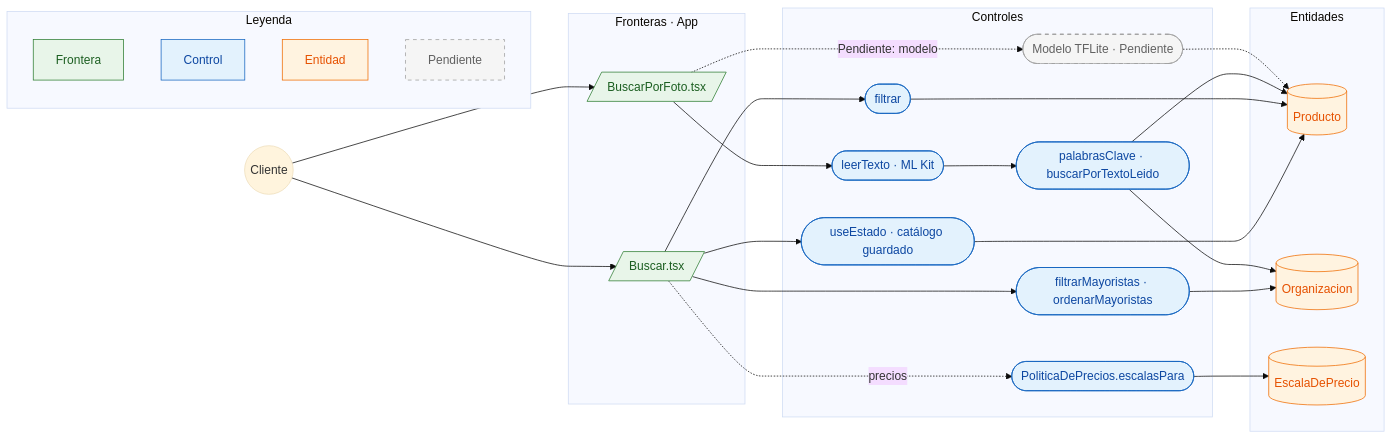
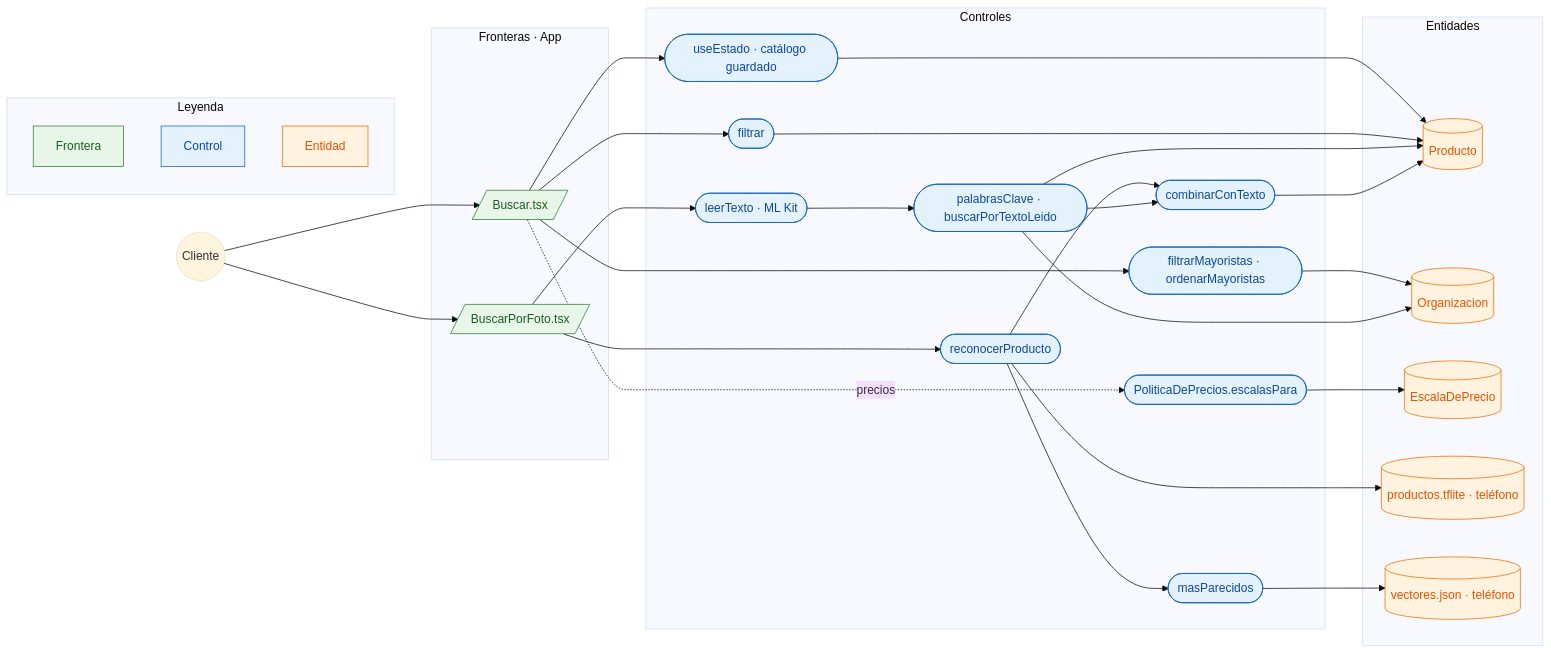
Before and after one commit to AndyQdev/abasto: the diagram in docs/iconix/robustez/CU-05.md, drawn with Mermaid (base theme). The commit also changed other lines of this file and 5 other files, not shown here.

````diff
--- a/docs/iconix/robustez/CU-05.md
+++ b/docs/iconix/robustez/CU-05.md
@@ -7,58 +7,64 @@
 ```mermaid
 flowchart LR
   C((Cliente))
 
   subgraph Fronteras["Fronteras · App"]
     B1[/"Buscar.tsx"/]
     B2[/"BuscarPorFoto.tsx"/]
   end
 
   subgraph Controles
     C1([useEstado · catálogo guardado])
     C2([filtrar])
     C3([filtrarMayoristas · ordenarMayoristas])
     C4([leerTexto · ML Kit])
     C5([palabrasClave · buscarPorTextoLeido])
     C6([PoliticaDePrecios.escalasPara])
-    C7([Modelo TFLite · Pendiente])
+    C7([reconocerProducto])
+    C8([masParecidos])
+    C9([combinarConTexto])
   end
 
   subgraph Entidades
     E1[(Producto)]
     E2[(Organizacion)]
     E3[(EscalaDePrecio)]
+    E4[(productos.tflite · teléfono)]
+    E5[(vectores.json · teléfono)]
   end
 
   C --> B1
   C --> B2
   B1 --> C1
   B1 --> C2
   B1 --> C3
   C1 --> E1
   C2 --> E1
   C3 --> E2
   B2 --> C4
   C4 --> C5
   C5 --> E1
   C5 --> E2
-  B2 -. Pendiente: modelo .-> C7
-  C7 -.-> E1
+  B2 --> C7
+  C7 --> E4
+  C7 --> C8
+  C8 --> E5
+  C7 --> C9
+  C5 --> C9
+  C9 --> E1
   B1 -. precios .-> C6
   C6 --> E3
 
   classDef frontera fill:#e8f5e9,stroke:#2e7d32,color:#1b5e20
   classDef control fill:#e3f2fd,stroke:#1565c0,color:#0d47a1
   classDef entidad fill:#fff3e0,stroke:#ef6c00,color:#e65100
-  classDef pendiente fill:#f5f5f5,stroke:#9e9e9e,stroke-dasharray: 5 5,color:#616161
   class B1,B2 frontera
-  class C1,C2,C3,C4,C5,C6,C7 control
-  class E1,E2,E3 entidad
-  class C7 pendiente
+  class C1,C2,C3,C4,C5,C6,C7,C8,C9 control
+  class E1,E2,E3,E4,E5 entidad
 
   subgraph Leyenda["Leyenda"]
     LF["Frontera"]:::frontera
     LC["Control"]:::control
     LE["Entidad"]:::entidad
-    LP["Pendiente"]:::pendiente
   end
 ```
````
